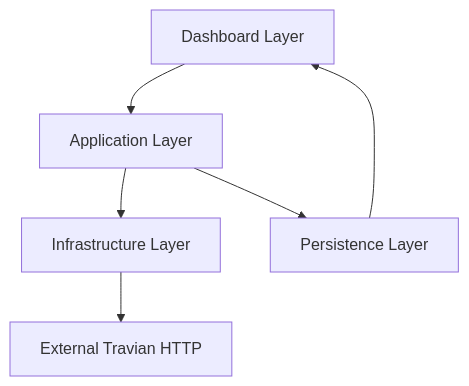
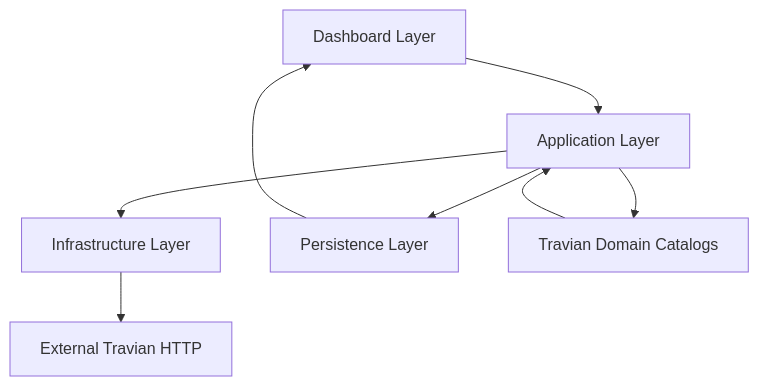
Before and after one commit to AhmedAshraf250/travian-automator: the second of 5 diagrams in PROJECT-MAP.md, drawn with Mermaid. The commit also changed other lines of this file and 36 other files, not shown here.

````diff
--- a/PROJECT-MAP.md
+++ b/PROJECT-MAP.md
@@ -25,8 +32,10 @@
 ```mermaid
 flowchart TD
     A[Dashboard Layer] --> B[Application Layer]
     B --> C[Infrastructure Layer]
     B --> D[Persistence Layer]
+    B --> R[Travian Domain Catalogs]
     C --> E[External Travian HTTP]
     D --> A
+    R --> B
 ```
````
